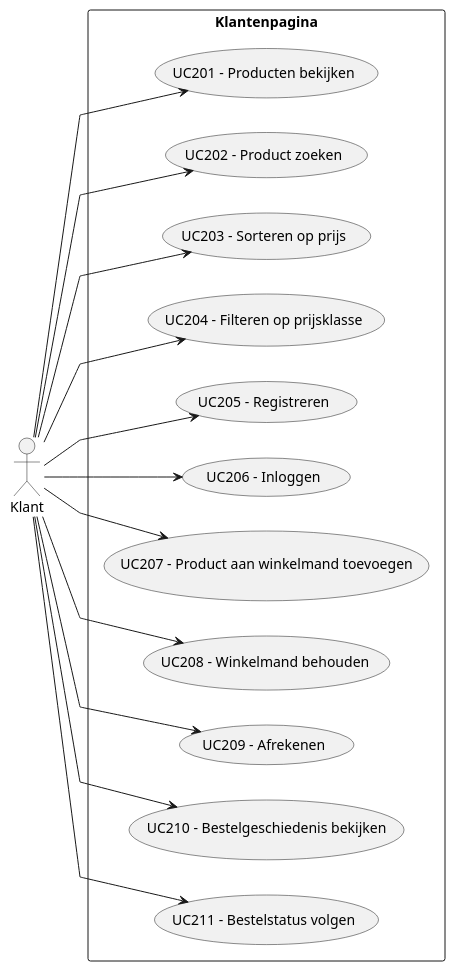
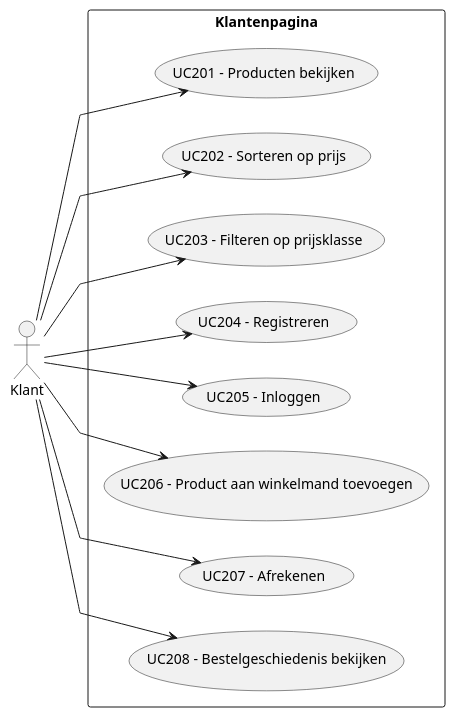
The diagram in Usecases/Usecase Klantenpagina.puml (BeauVeen/ID-2025-project), drawn with PlantUML before and after one commit.

Commit message:
modified:   Usecases/Usecase Klantenpagina.puml

```diff
--- a/Usecases/Usecase Klantenpagina.puml
+++ b/Usecases/Usecase Klantenpagina.puml
@@ -1,20 +1,17 @@
 @startuml
 left to right direction
 skinparam linetype polyline
 actor Klant
 
 rectangle "Klantenpagina" {
   Klant --> (UC201 - Producten bekijken)
-  Klant --> (UC202 - Product zoeken)
-  Klant --> (UC203 - Sorteren op prijs)
-  Klant --> (UC204 - Filteren op prijsklasse)
-  Klant --> (UC205 - Registreren)
-  Klant --> (UC206 - Inloggen)
-  Klant --> (UC207 - Product aan winkelmand toevoegen)
-  Klant --> (UC208 - Winkelmand behouden)
-  Klant --> (UC209 - Afrekenen)
-  Klant --> (UC210 - Bestelgeschiedenis bekijken)
-  Klant --> (UC211 - Bestelstatus volgen)
+  Klant --> (UC202 - Sorteren op prijs)
+  Klant --> (UC203 - Filteren op prijsklasse)
+  Klant --> (UC204 - Registreren)
+  Klant --> (UC205 - Inloggen)
+  Klant --> (UC206 - Product aan winkelmand toevoegen)
+  Klant --> (UC207 - Afrekenen)
+  Klant --> (UC208 - Bestelgeschiedenis bekijken)
 }
 
 @enduml
```
